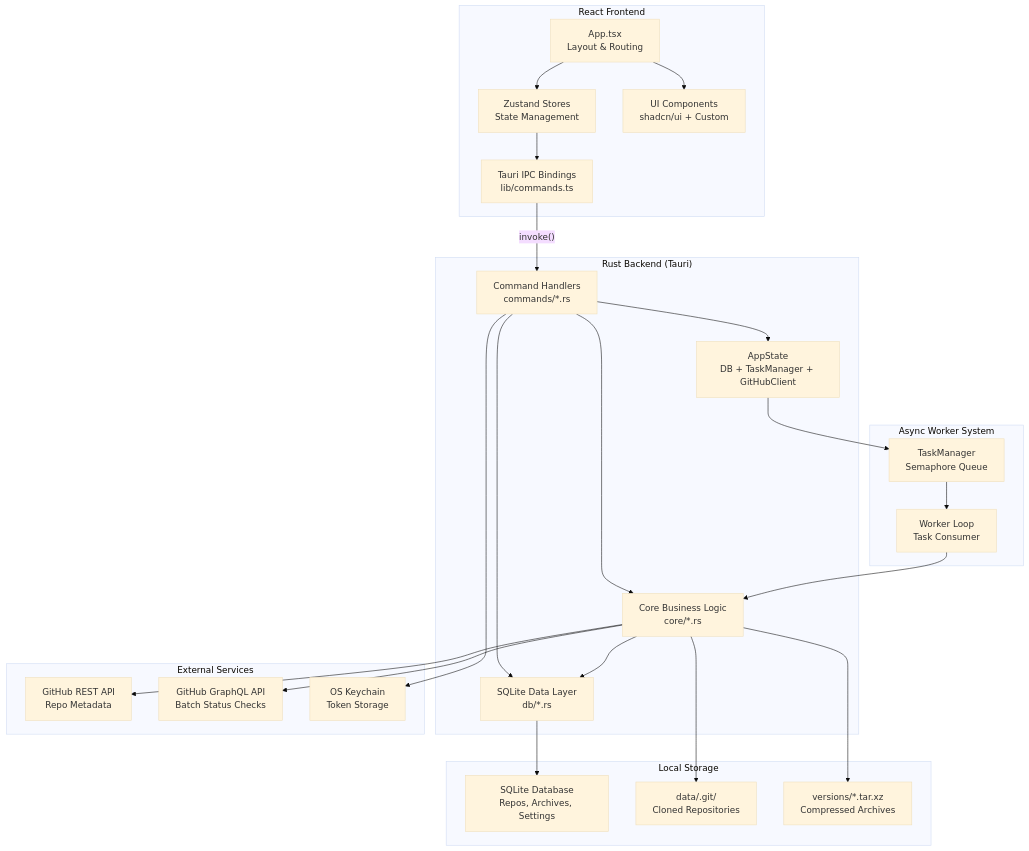
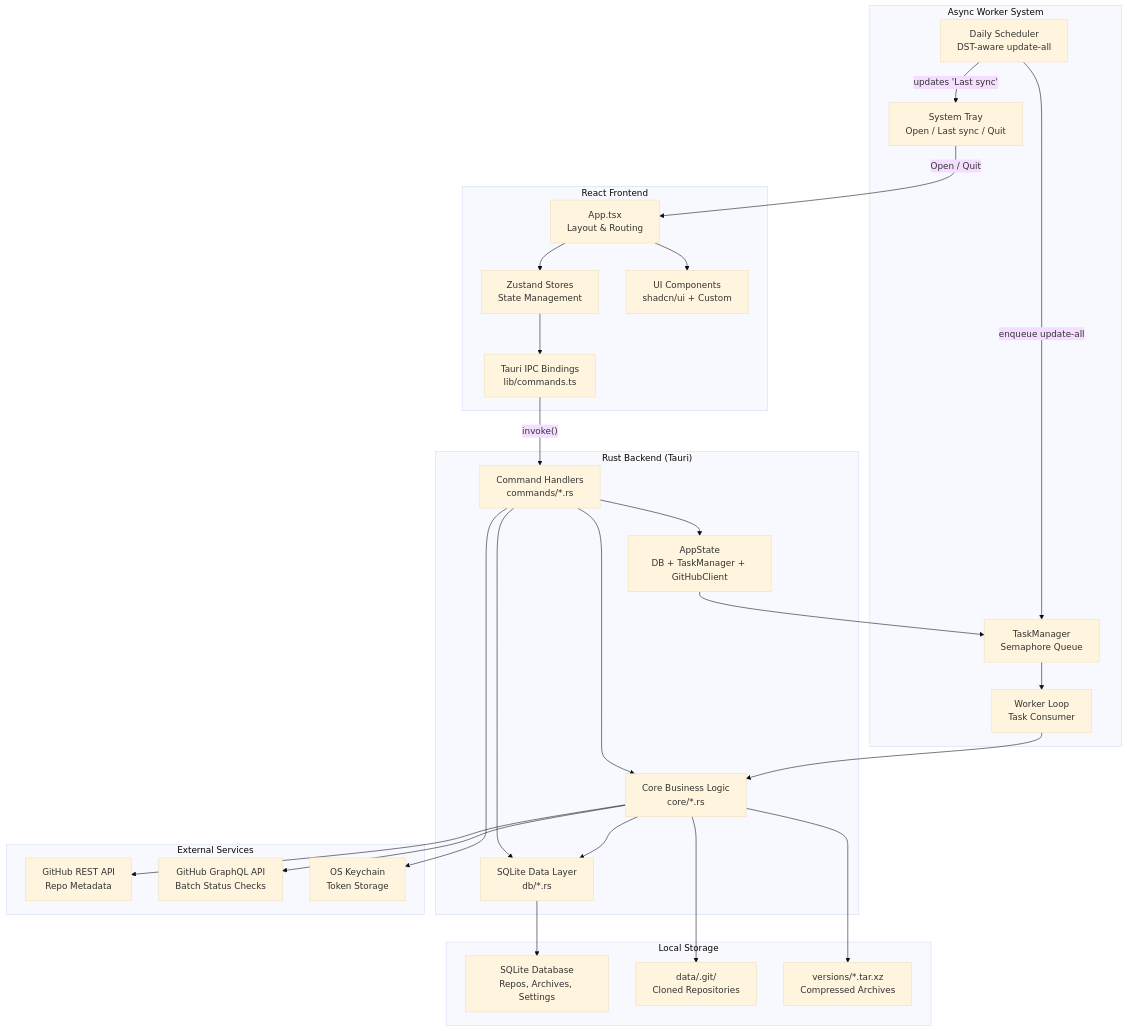
The first of 3 diagrams in .portfolio/architecture.md (Technical-1/Git-Archiver), drawn with Mermaid (base theme) before and after one commit. The commit also changed other lines of this file and 3 other files, not shown here.

````diff
--- a/.portfolio/architecture.md
+++ b/.portfolio/architecture.md
@@ -5,55 +5,61 @@
 ```mermaid
 flowchart TB
     subgraph Frontend["React Frontend"]
         App["App.tsx<br/>Layout & Routing"]
         Stores["Zustand Stores<br/>State Management"]
         Components["UI Components<br/>shadcn/ui + Custom"]
         TauriAPI["Tauri IPC Bindings<br/>lib/commands.ts"]
     end
 
     subgraph Backend["Rust Backend (Tauri)"]
         Commands["Command Handlers<br/>commands/*.rs"]
         Core["Core Business Logic<br/>core/*.rs"]
         DB["SQLite Data Layer<br/>db/*.rs"]
         State["AppState<br/>DB + TaskManager + GitHubClient"]
     end
 
     subgraph Workers["Async Worker System"]
         TaskMgr["TaskManager<br/>Semaphore Queue"]
         WorkerLoop["Worker Loop<br/>Task Consumer"]
+        Scheduler["Daily Scheduler<br/>DST-aware update-all"]
+        Tray["System Tray<br/>Open / Last sync / Quit"]
     end
 
     subgraph External["External Services"]
         GitHubREST["GitHub REST API<br/>Repo Metadata"]
         GitHubGraphQL["GitHub GraphQL API<br/>Batch Status Checks"]
         Keychain["OS Keychain<br/>Token Storage"]
     end
 
     subgraph Storage["Local Storage"]
         SQLite["SQLite Database<br/>Repos, Archives, Settings"]
         DataDir["data/<repo>.git/<br/>Cloned Repositories"]
         Archives["versions/*.tar.xz<br/>Compressed Archives"]
     end
 
     App --> Stores
     App --> Components
     Stores --> TauriAPI
     TauriAPI --> |"invoke()"| Commands
 
     Commands --> Core
     Commands --> DB
     Commands --> State
 
     Core --> DB
     State --> TaskMgr
     TaskMgr --> WorkerLoop
     WorkerLoop --> Core
 
     Core --> GitHubREST
     Core --> GitHubGraphQL
     Commands --> Keychain
 
+    Scheduler --> |"enqueue update-all"| TaskMgr
+    Scheduler --> |"updates 'Last sync'"| Tray
+    Tray --> |"Open / Quit"| App
+
     DB --> SQLite
     Core --> DataDir
     Core --> Archives
 ```
````
